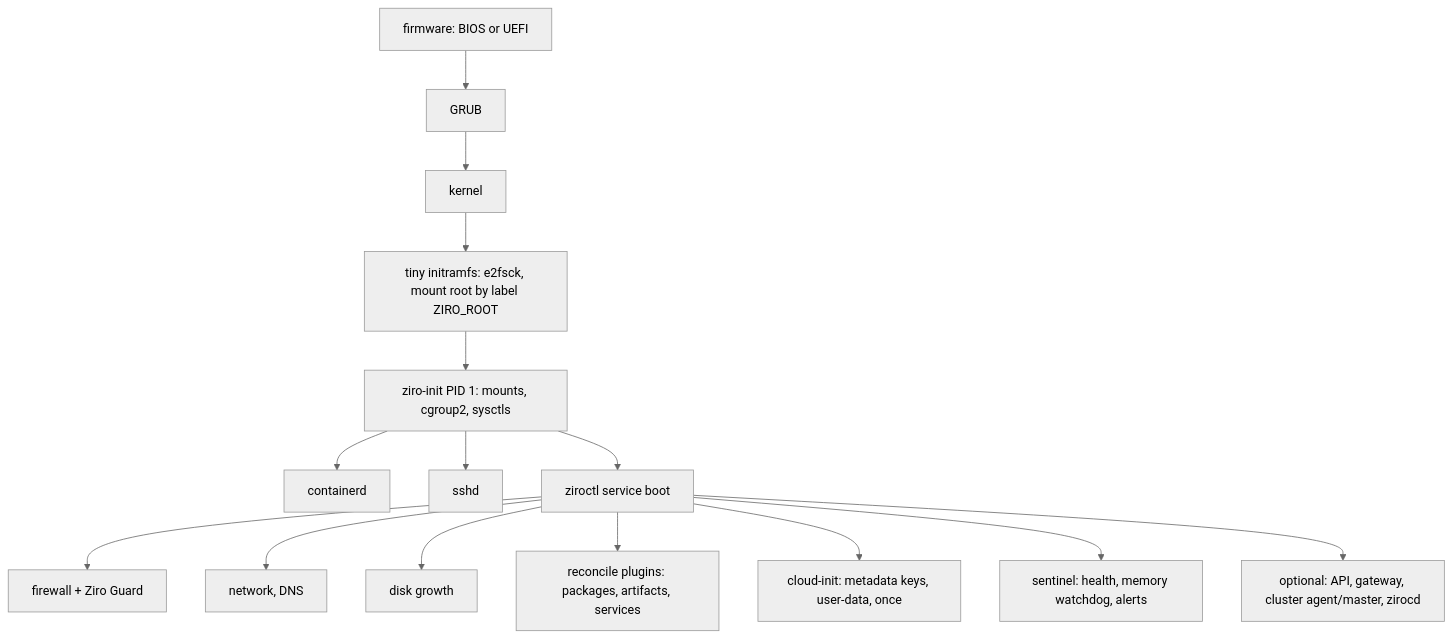
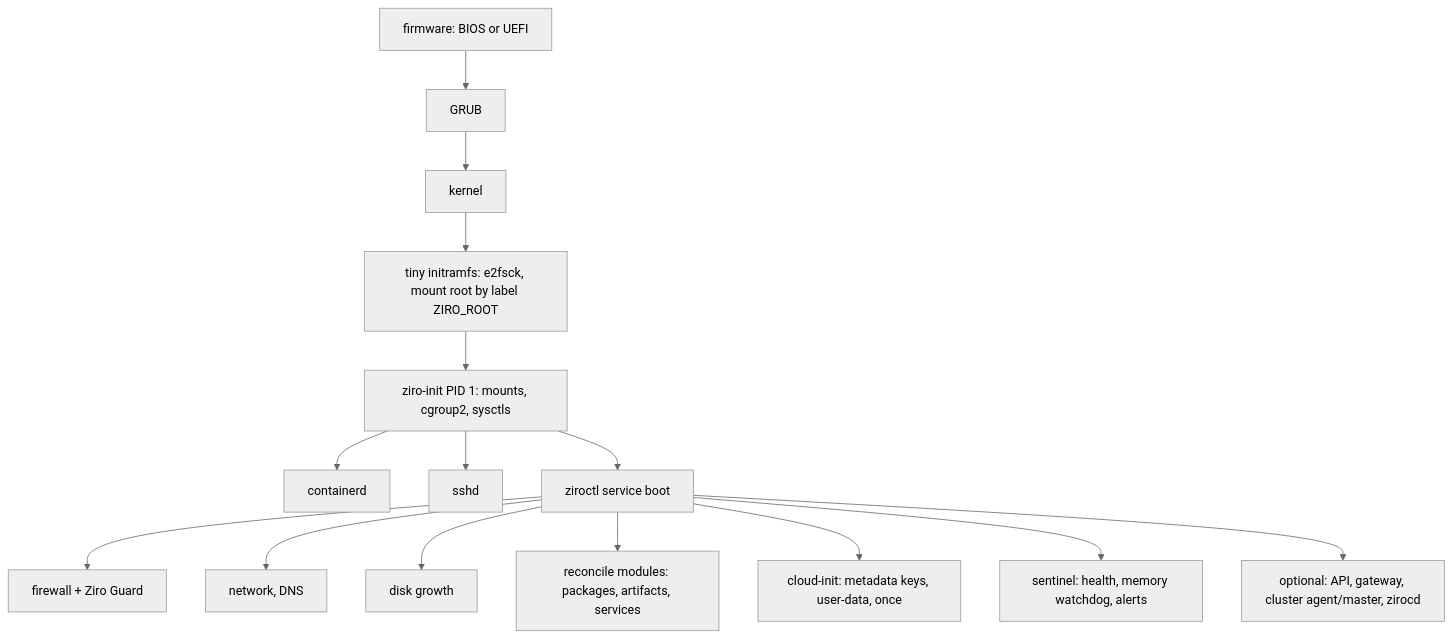
Before and after one commit to ziro-os/ziro-os: the second of 3 diagrams in docs/architecture.md, drawn with Mermaid (neutral theme). The commit also changed other lines of this file and 44 other files, not shown here.

````diff
--- a/docs/architecture.md
+++ b/docs/architecture.md
@@ -117,16 +122,16 @@
 ```mermaid
 flowchart TB
   FW[firmware: BIOS or UEFI] --> GR[GRUB] --> K[kernel]
   K --> TI[tiny initramfs: e2fsck, mount root by label ZIRO_ROOT]
   TI --> ZI[ziro-init PID 1: mounts, cgroup2, sysctls]
   ZI --> CD[containerd]
   ZI --> SSHD[sshd]
   ZI --> SB[ziroctl service boot]
   SB --> FWS[firewall + Ziro Guard]
   SB --> NET[network, DNS]
   SB --> DISK[disk growth]
-  SB --> MOD[reconcile plugins: packages, artifacts, services]
+  SB --> MOD[reconcile modules: packages, artifacts, services]
   SB --> CI[cloud-init: metadata keys, user-data, once]
   SB --> SEN[sentinel: health, memory watchdog, alerts]
   SB --> OPT[optional: API, gateway, cluster agent/master, zirocd]
 ```
````
